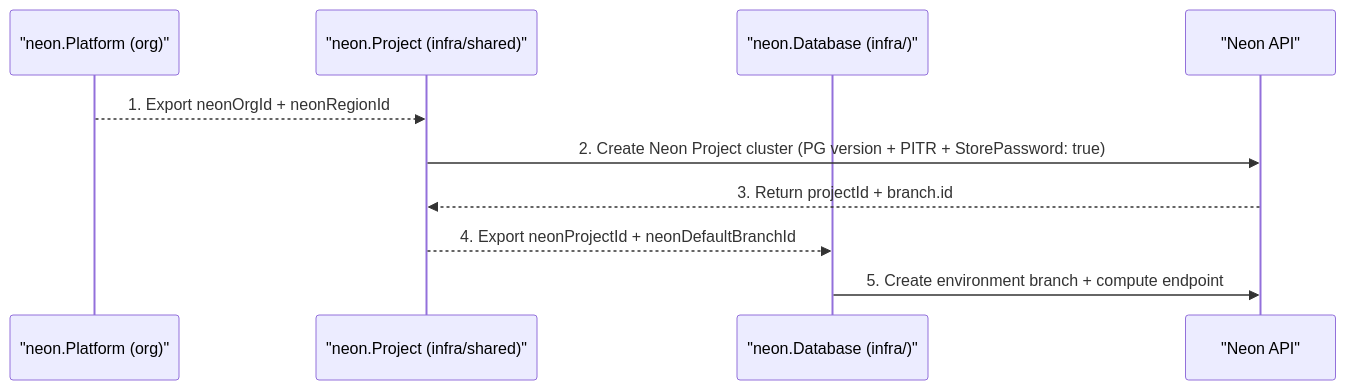
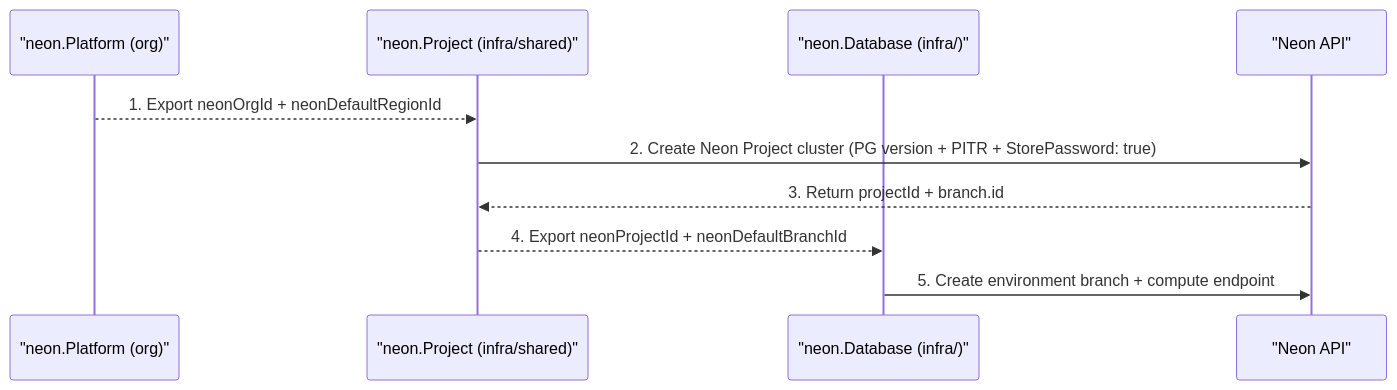
One commit to cloudvoyant/openbase changed the second of 2 diagrams in docs/architecture/providers/neon/index.md. Above: the diagram before and after it, drawn with Mermaid. The commit also changed other lines of this file and 22 other files, not shown here.

First line of the commit message:
feat(components): add AddPlatform, DefaultRegionID, and raw Pulumi E2E

````diff
--- a/docs/architecture/providers/neon/index.md
+++ b/docs/architecture/providers/neon/index.md
@@ -49,13 +49,13 @@
 ```mermaid
 sequenceDiagram
     participant Plat as "neon.Platform (org)"
     participant Proj as "neon.Project (infra/shared)"
     participant DB as "neon.Database (infra/)"
     participant Neon as "Neon API"
 
-    Plat-->>Proj: 1. Export neonOrgId + neonRegionId
+    Plat-->>Proj: 1. Export neonOrgId + neonDefaultRegionId
     Proj->>Neon: 2. Create Neon Project cluster (PG version + PITR + StorePassword: true)
     Neon-->>Proj: 3. Return projectId + branch.id
     Proj-->>DB: 4. Export neonProjectId + neonDefaultBranchId
     DB->>Neon: 5. Create environment branch + compute endpoint
 ```
````
